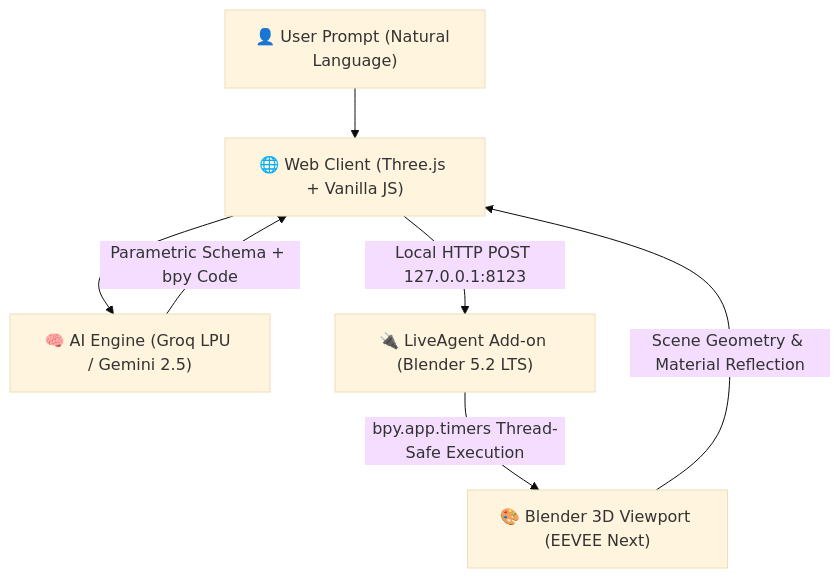
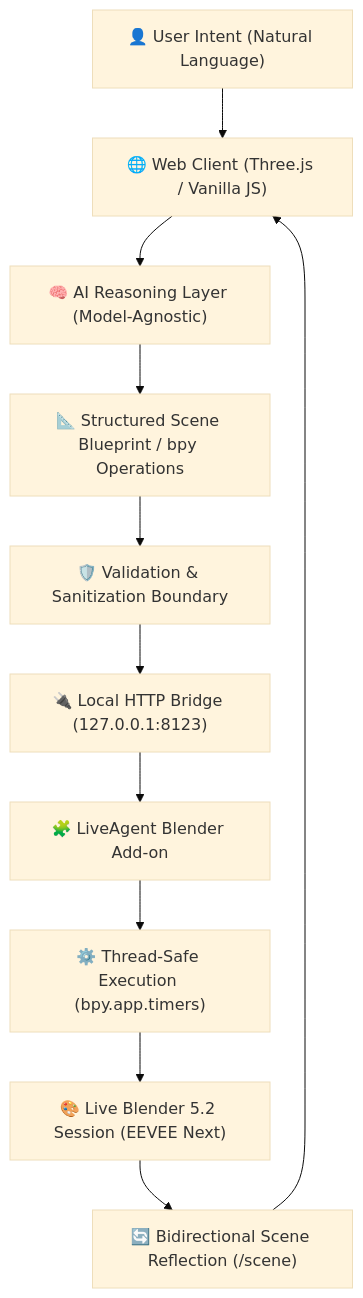
One commit to fahimalmas/liveagent-blender changed the diagram in README.md. Above: the diagram before and after it, drawn with Mermaid (base theme). The commit also changed other lines of this file, not shown here.

Commit message:
docs: establish architectural positioning as direct model-agnostic AI-to-Blender agent

````diff
--- a/README.md
+++ b/README.md
@@ -29,9 +56,13 @@
 ```mermaid
 graph TD
-    A["👤 User Prompt (Natural Language)"] --> B["🌐 Web Client (Three.js + Vanilla JS)"]
-    B --> C["🧠 AI Engine (Groq LPU / Gemini 2.5)"]
-    C -->|Parametric Schema + bpy Code| B
-    B -->|Local HTTP POST 127.0.0.1:8123| D["🔌 LiveAgent Add-on (Blender 5.2 LTS)"]
-    D -->|bpy.app.timers Thread-Safe Execution| E["🎨 Blender 3D Viewport (EEVEE Next)"]
-    E -->|Scene Geometry & Material Reflection| B
+    A["👤 User Intent (Natural Language)"] --> B["🌐 Web Client (Three.js / Vanilla JS)"]
+    B --> C["🧠 AI Reasoning Layer (Model-Agnostic)"]
+    C --> D["📐 Structured Scene Blueprint / bpy Operations"]
+    D --> E["🛡️ Validation & Sanitization Boundary"]
+    E --> F["🔌 Local HTTP Bridge (127.0.0.1:8123)"]
+    F --> G["🧩 LiveAgent Blender Add-on"]
+    G --> H["⚙️ Thread-Safe Execution (bpy.app.timers)"]
+    H --> I["🎨 Live Blender 5.2 Session (EEVEE Next)"]
+    I --> J["🔄 Bidirectional Scene Reflection (/scene)"]
+    J --> B
 ```
````
